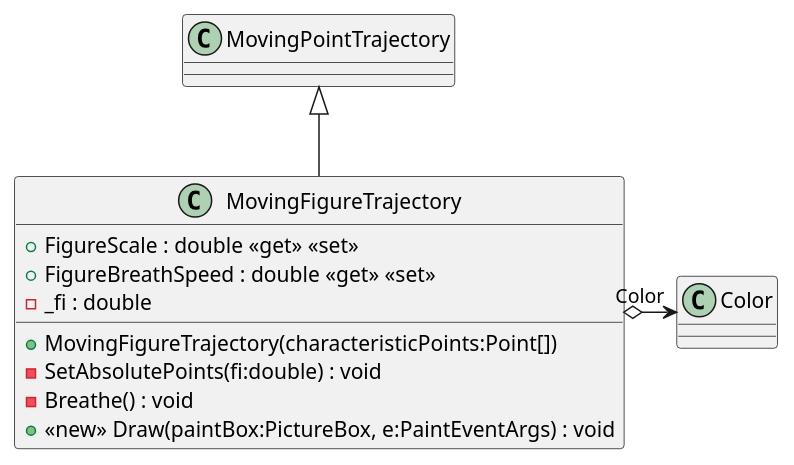
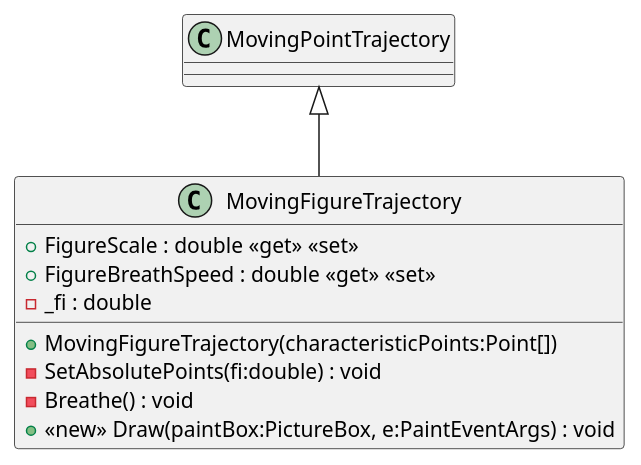
Before and after one commit to Ruslan-Gabbazov/Programming: the diagram in Docs/Programming/Shapes/MovingFigureTrajectory.puml, drawn with PlantUML. The commit also changed 16 other files, not shown here.

Commit message:
Add class diagrams

```diff
--- a/Docs/Programming/Shapes/MovingFigureTrajectory.puml
+++ b/Docs/Programming/Shapes/MovingFigureTrajectory.puml
@@ -1,13 +1,12 @@
 @startuml
 class MovingFigureTrajectory {
     + FigureScale : double <<get>> <<set>>
     + FigureBreathSpeed : double <<get>> <<set>>
     - _fi : double
     + MovingFigureTrajectory(characteristicPoints:Point[])
     - SetAbsolutePoints(fi:double) : void
     - Breathe() : void
     + <<new>> Draw(paintBox:PictureBox, e:PaintEventArgs) : void
 }
 MovingPointTrajectory <|-- MovingFigureTrajectory
-MovingFigureTrajectory o-> "Color" Color
 @enduml
```
